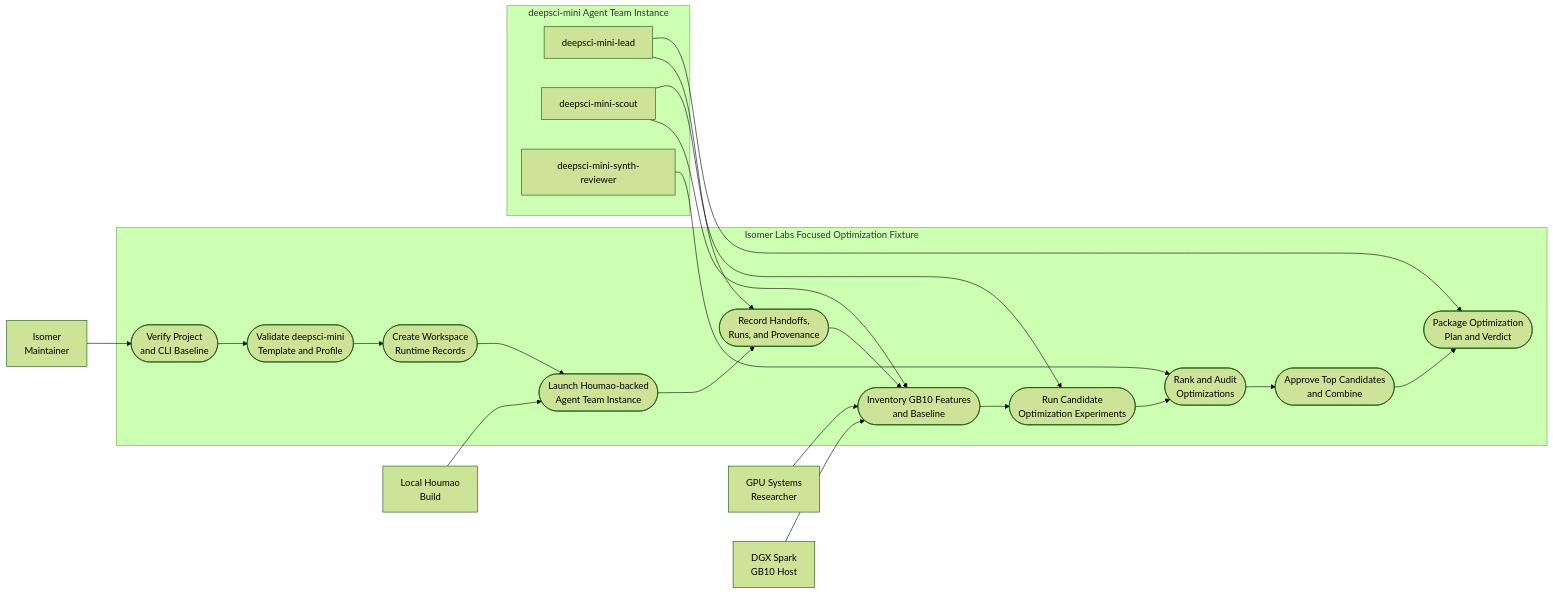
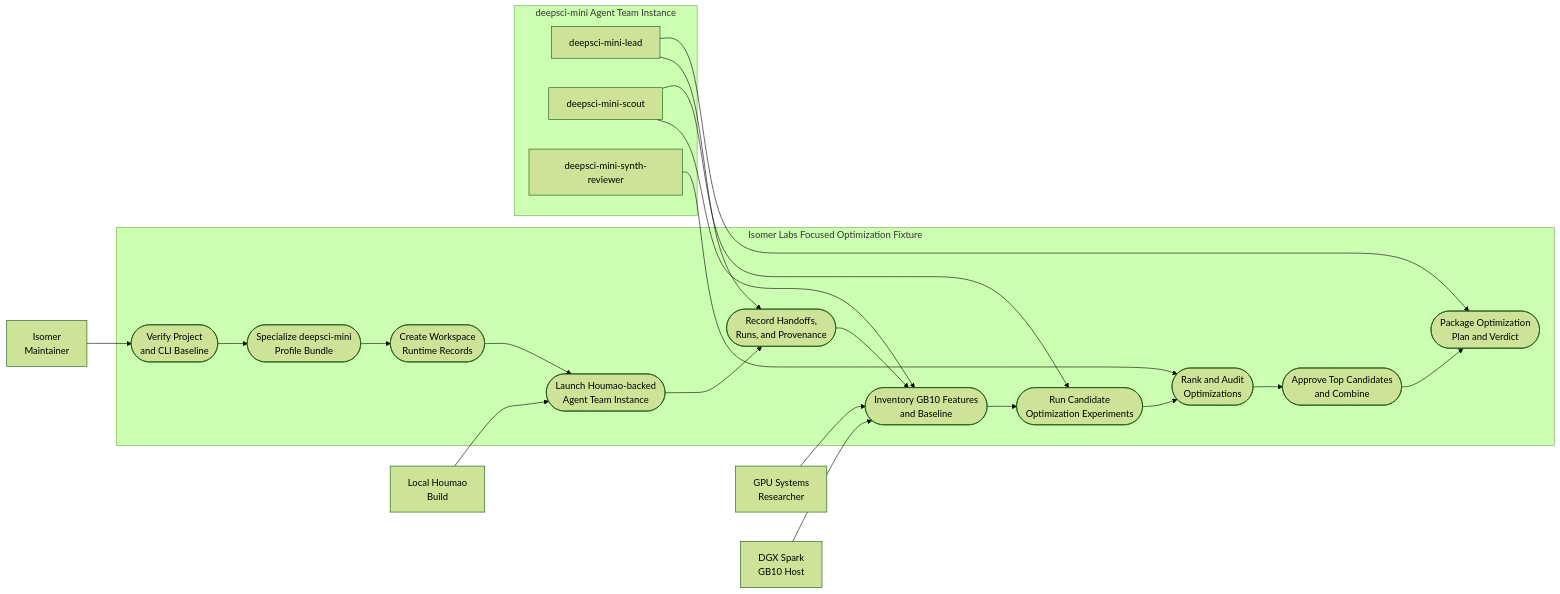
The first of 2 diagrams in .imsight-arts/project-explore/use-cases/uc-07-gb10-feature-driven-flash-attention-4-optimization.md (CodeGandee/isomer-labs), drawn with Mermaid (forest theme) before and after one commit. The commit also changed other lines of this file and 79 other files, not shown here.

````diff
--- a/.imsight-arts/project-explore/use-cases/uc-07-gb10-feature-driven-flash-attention-4-optimization.md
+++ b/.imsight-arts/project-explore/use-cases/uc-07-gb10-feature-driven-flash-attention-4-optimization.md
@@ -47,38 +50,38 @@
 ```mermaid
 flowchart LR
   Maintainer[Isomer<br/>Maintainer]
   User[GPU Systems<br/>Researcher]
   GB10[DGX Spark<br/>GB10 Host]
   Houmao[Local Houmao<br/>Build]
 
   subgraph Isomer["Isomer Labs Focused Optimization Fixture"]
     UC1([Verify Project<br/>and CLI Baseline])
-    UC2([Validate deepsci-mini<br/>Template and Profile])
+    UC2([Specialize deepsci-mini<br/>Profile Bundle])
     UC3([Create Workspace<br/>Runtime Records])
     UC4([Launch Houmao-backed<br/>Agent Team Instance])
     UC5([Record Handoffs,<br/>Runs, and Provenance])
     UC6([Inventory GB10 Features<br/>and Baseline])
     UC7([Run Candidate<br/>Optimization Experiments])
     UC8([Rank and Audit<br/>Optimizations])
     UC9([Approve Top Candidates<br/>and Combine])
     UC10([Package Optimization<br/>Plan and Verdict])
   end
 
   subgraph Team["deepsci-mini Agent Team Instance"]
     Lead["deepsci-mini-lead"]
     Scout["deepsci-mini-scout"]
     Reviewer["deepsci-mini-synth-reviewer"]
   end
 
   Maintainer --> UC1
   User --> UC6
   GB10 --> UC6
   Houmao --> UC4
   Lead --> UC5
   Scout --> UC6
   Scout --> UC7
   Reviewer --> UC8
   Lead --> UC10
 
   UC1 --> UC2 --> UC3 --> UC4 --> UC5 --> UC6 --> UC7 --> UC8 --> UC9 --> UC10
 ```
````
